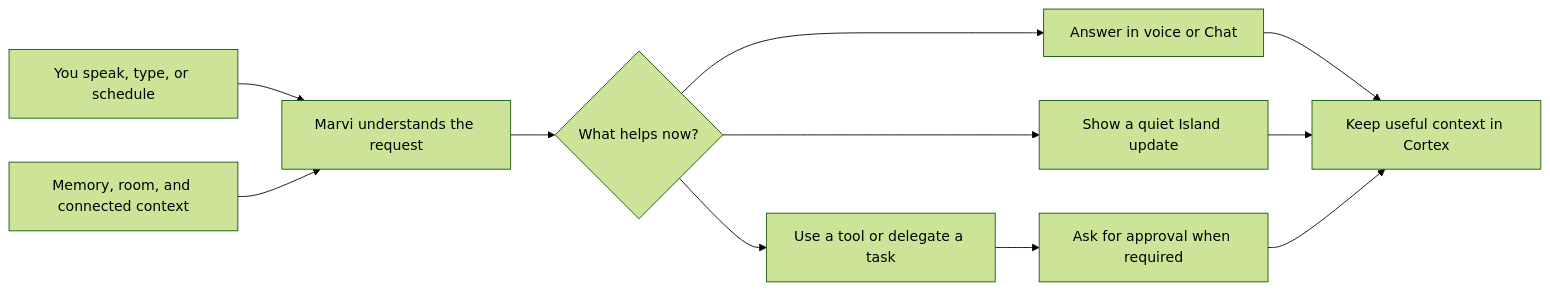
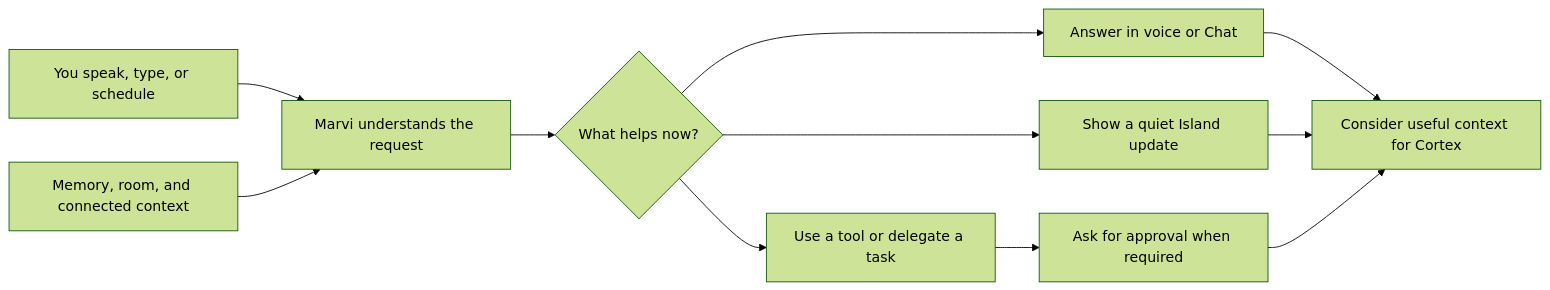
The diagram in README.md (xRetr00/Marvi-OS), drawn with Mermaid (forest theme) before and after one commit. The commit also changed other lines of this file, not shown here.

````diff
--- a/README.md
+++ b/README.md
@@ -89,13 +114,13 @@
 ```mermaid
 flowchart LR
     A["You speak, type, or schedule"] --> B["Marvi understands the request"]
     C["Memory, room, and connected context"] --> B
     B --> D{"What helps now?"}
     D --> E["Answer in voice or Chat"]
     D --> F["Show a quiet Island update"]
     D --> G["Use a tool or delegate a task"]
     G --> H["Ask for approval when required"]
-    E --> I["Keep useful context in Cortex"]
+    E --> I["Consider useful context for Cortex"]
     F --> I
     H --> I
 ```
````
